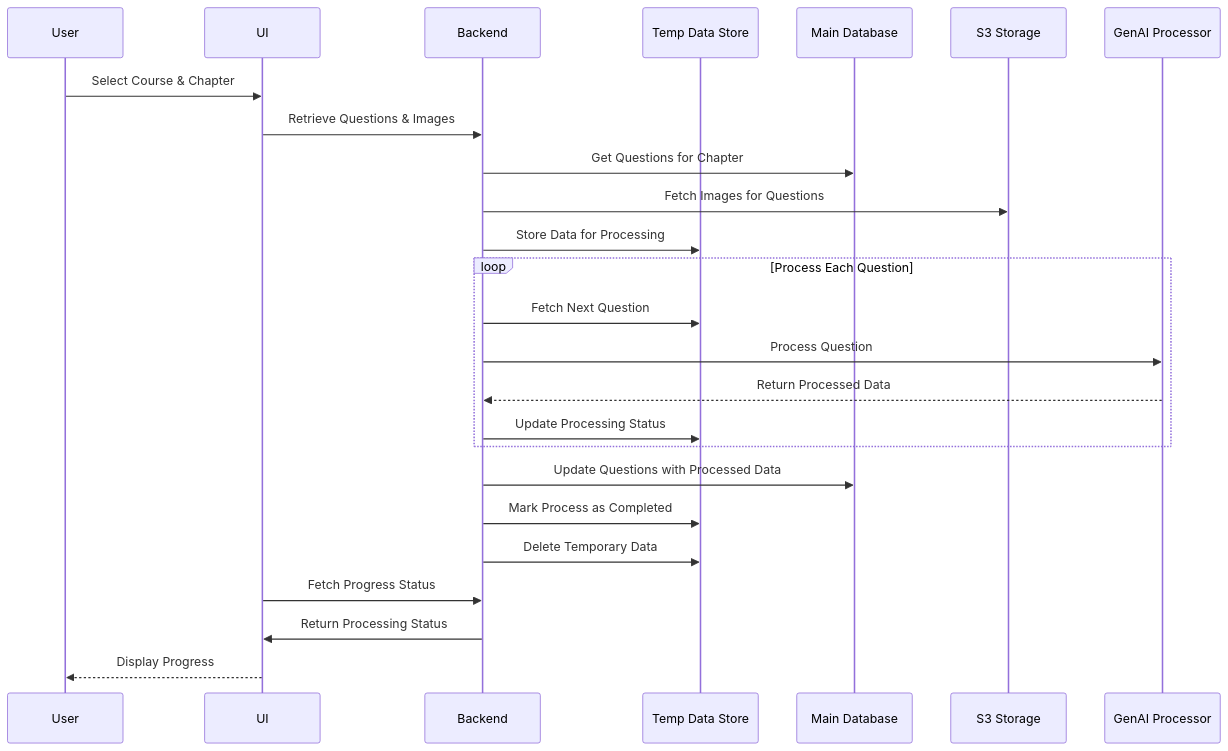
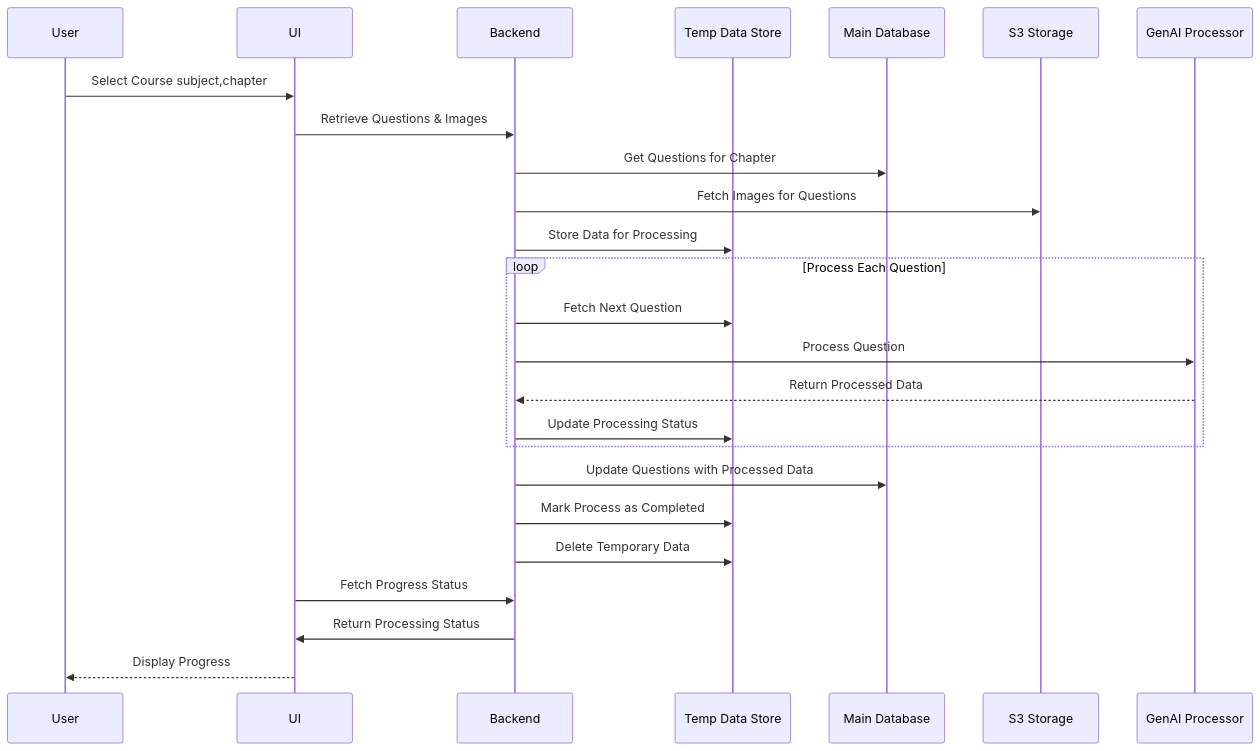
The diagram in docs/sequence_digram.md (MayuriSutar12/Documentation), drawn with Mermaid before and after one commit.

````diff
--- a/docs/sequence_digram.md
+++ b/docs/sequence_digram.md
@@ -2,33 +2,33 @@
 ```mermaid
 sequenceDiagram
     participant User as User
     participant UI as UI
     participant Backend as Backend
     participant TempDB as Temp Data Store
     participant MainDB as Main Database
     participant S3 as S3 Storage
     participant GenAI as GenAI Processor
 
-    User ->> UI: Select Course & Chapter
+    User ->> UI: Select Course subject,chapter
     UI ->> Backend: Retrieve Questions & Images
     Backend ->> MainDB: Get Questions for Chapter
     Backend ->> S3: Fetch Images for Questions
     Backend ->> TempDB: Store Data for Processing
 
     loop Process Each Question
         Backend ->> TempDB: Fetch Next Question
         Backend ->> GenAI: Process Question
         GenAI -->> Backend: Return Processed Data
         Backend ->> TempDB: Update Processing Status
     end
 
     Backend ->> MainDB: Update Questions with Processed Data
     Backend ->> TempDB: Mark Process as Completed
     Backend ->> TempDB: Delete Temporary Data
 
     UI ->> Backend: Fetch Progress Status
     Backend ->> UI: Return Processing Status
     UI -->> User: Display Progress
 
 
 ```
````
